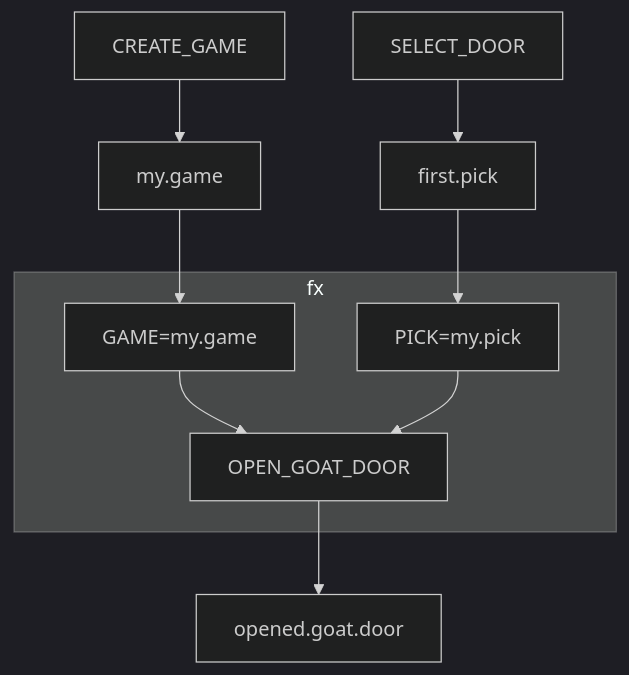
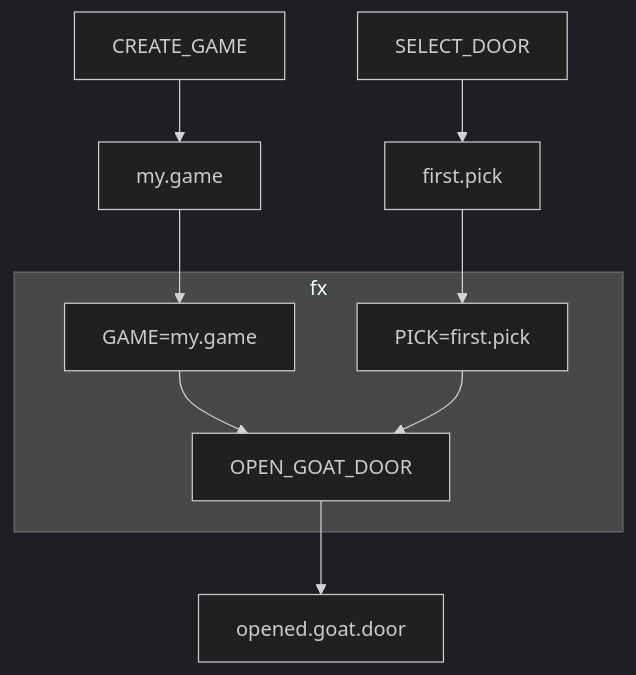
Before and after one commit to Watts-College/paf-514-template: the fourth of 4 diagrams in lectures/week-01-function-review.md, drawn with Mermaid (dark theme).

````diff
--- a/lectures/week-01-function-review.md
+++ b/lectures/week-01-function-review.md
@@ -303,12 +303,12 @@
 ```mermaid 
 graph TD;
   id1[CREATE_GAME] --> my.game;
   id2[SELECT_DOOR] --> first.pick;
   my.game    --> id4[GAME=my.game];
-  first.pick --> id5[PICK=my.pick];
+  first.pick --> id5[PICK=first.pick];
   subgraph fx
     id4[GAME=my.game] --> id3[ OPEN_GOAT_DOOR ];
-    id5[PICK=my.pick] --> id3[ OPEN_GOAT_DOOR ]; 
+    id5[PICK=first.pick] --> id3[ OPEN_GOAT_DOOR ]; 
   end
   id3[ OPEN_GOAT_DOOR ] --> opened.goat.door; 
 ```
````
